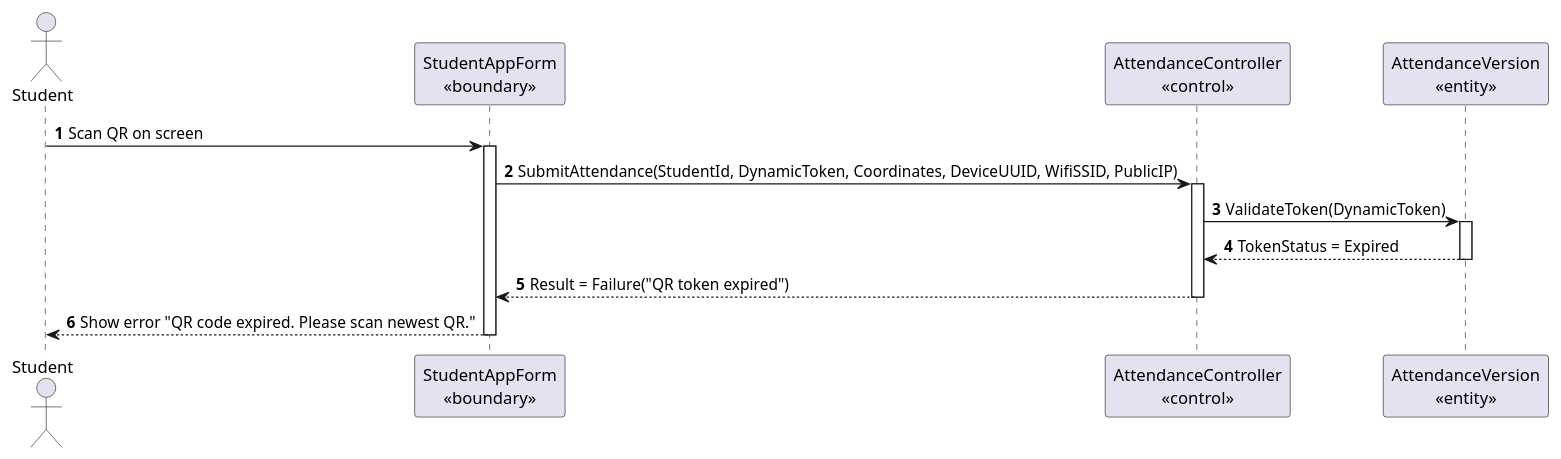
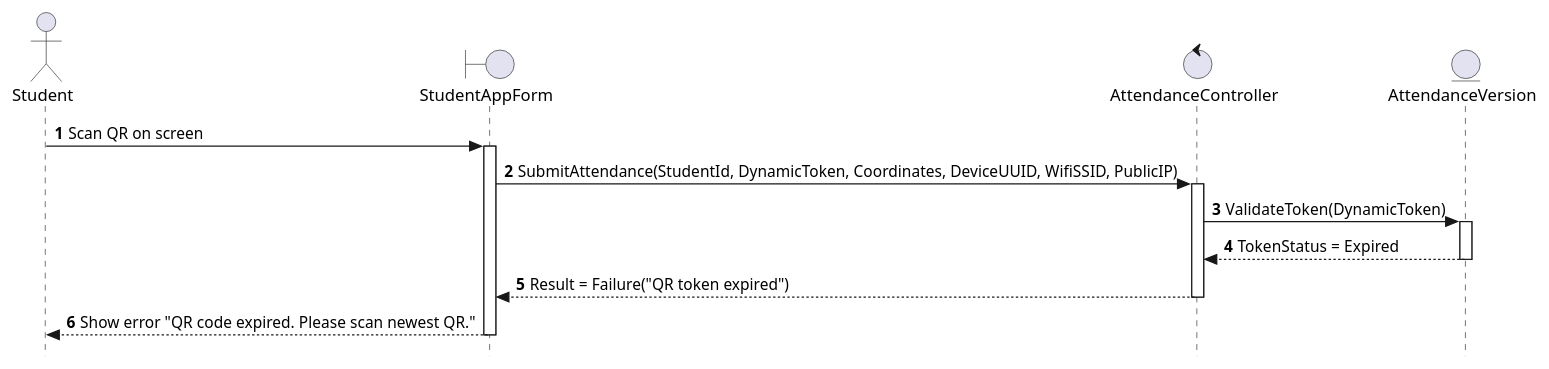
The eighth of 31 diagrams in MainDocs/AFAS_RDS_Document_Part1B_Analysis_models.md (nttung42/SWD392), drawn with PlantUML before and after one commit. The commit also changed other lines of this file, not shown here.

Commit message:
docs: refactor sequence diagrams to use strict UML/BCE and add message description tables

````diff
--- a/MainDocs/AFAS_RDS_Document_Part1B_Analysis_models.md
+++ b/MainDocs/AFAS_RDS_Document_Part1B_Analysis_models.md
@@ -572,24 +627,25 @@
 ```plantuml
 @startuml
+skinparam style strictuml
 autonumber
 actor Student as "Student"
-participant SAF as "StudentAppForm\n«boundary»"
-participant AC as "AttendanceController\n«control»"
-participant V as "AttendanceVersion\n«entity»"
+boundary SAF as "StudentAppForm"
+control AC as "AttendanceController"
+entity V as "AttendanceVersion"
 
 Student -> SAF : Scan QR on screen
 activate SAF
 SAF -> AC : SubmitAttendance(StudentId, DynamicToken, Coordinates, DeviceUUID, WifiSSID, PublicIP)
 activate AC
 
 AC -> V : ValidateToken(DynamicToken)
 activate V
 V --> AC : TokenStatus = Expired
 deactivate V
 
 AC --> SAF : Result = Failure("QR token expired")
 deactivate AC
 SAF --> Student : Show error "QR code expired. Please scan newest QR."
 deactivate SAF
 @enduml
 ```
````
